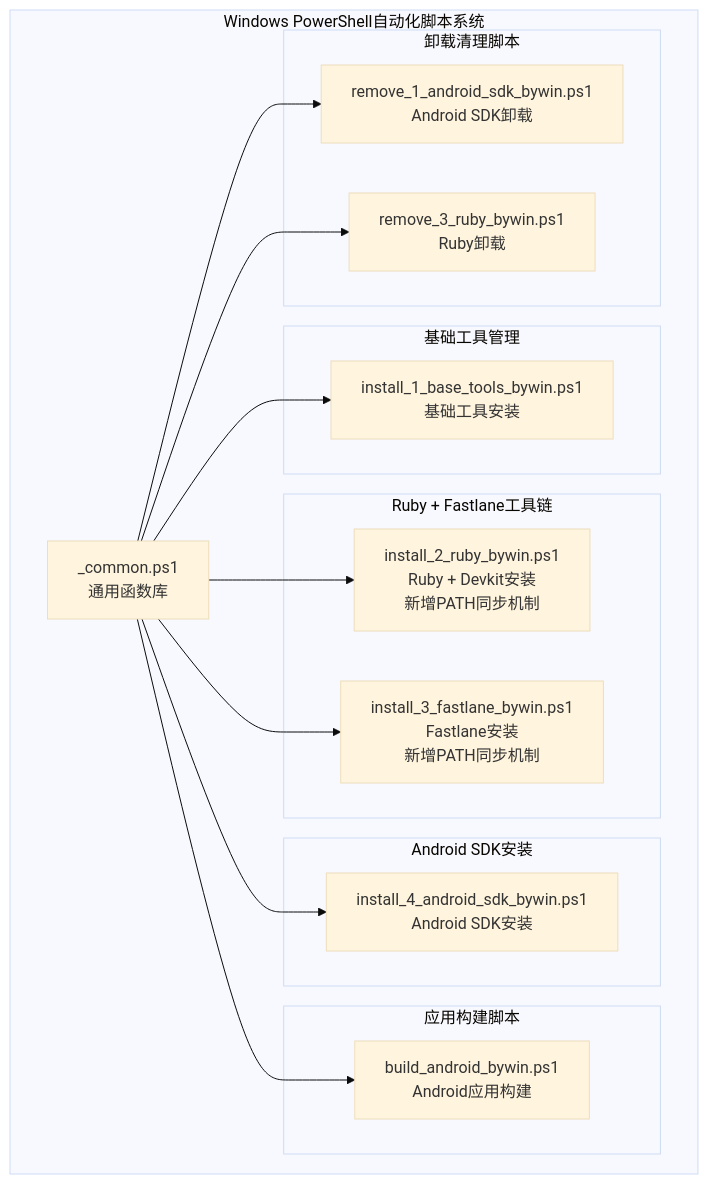
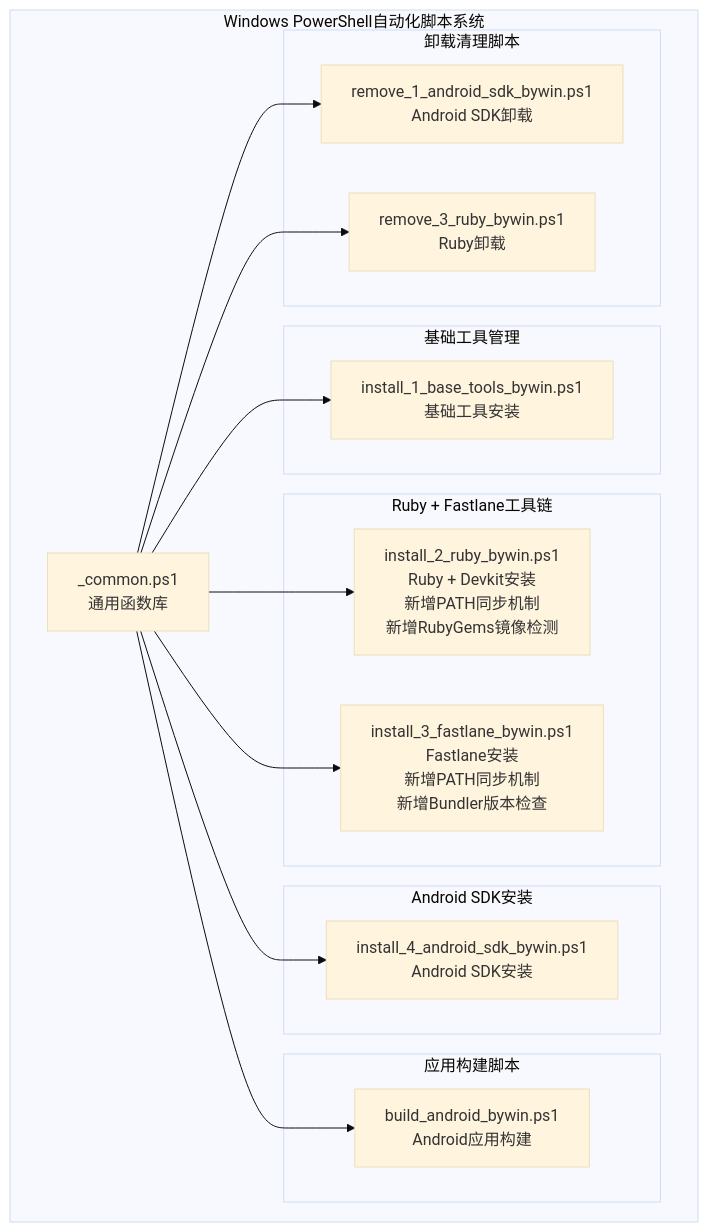
Before and after one commit to dingxyang/Macro-Deck-Client-App: the first of 8 diagrams in .qoder/repowiki/zh/content/构建与部署/Windows PowerShell自动化.md, drawn with Mermaid (base theme). The commit also changed other lines of this file and 32 other files, not shown here.

````diff
--- a/.qoder/repowiki/zh/content/构建与部署/Windows PowerShell自动化.md
+++ b/.qoder/repowiki/zh/content/构建与部署/Windows PowerShell自动化.md
@@ -50,30 +54,30 @@
 ```mermaid
 graph TB
 subgraph "Windows PowerShell自动化脚本系统"
 Common[_common.ps1<br/>通用函数库]
 subgraph "基础工具管理"
 BaseTools[install_1_base_tools_bywin.ps1<br/>基础工具安装]
 end
 subgraph "Ruby + Fastlane工具链"
-InstallRuby[install_2_ruby_bywin.ps1<br/>Ruby + Devkit安装<br/>新增PATH同步机制]
-InstallFastlane[install_3_fastlane_bywin.ps1<br/>Fastlane安装<br/>新增PATH同步机制]
+InstallRuby[install_2_ruby_bywin.ps1<br/>Ruby + Devkit安装<br/>新增PATH同步机制<br/>新增RubyGems镜像检测]
+InstallFastlane[install_3_fastlane_bywin.ps1<br/>Fastlane安装<br/>新增PATH同步机制<br/>新增Bundler版本检查]
 end
 subgraph "Android SDK安装"
 InstallSDK[install_4_android_sdk_bywin.ps1<br/>Android SDK安装]
 end
 subgraph "应用构建脚本"
 BuildAndroid[build_android_bywin.ps1<br/>Android应用构建]
 end
 subgraph "卸载清理脚本"
 RemoveSDK[remove_1_android_sdk_bywin.ps1<br/>Android SDK卸载]
 RemoveRuby[remove_3_ruby_bywin.ps1<br/>Ruby卸载]
 end
 Common --> BaseTools
 Common --> InstallRuby
 Common --> InstallFastlane
 Common --> InstallSDK
 Common --> BuildAndroid
 Common --> RemoveSDK
 Common --> RemoveRuby
 end
 ```
````
